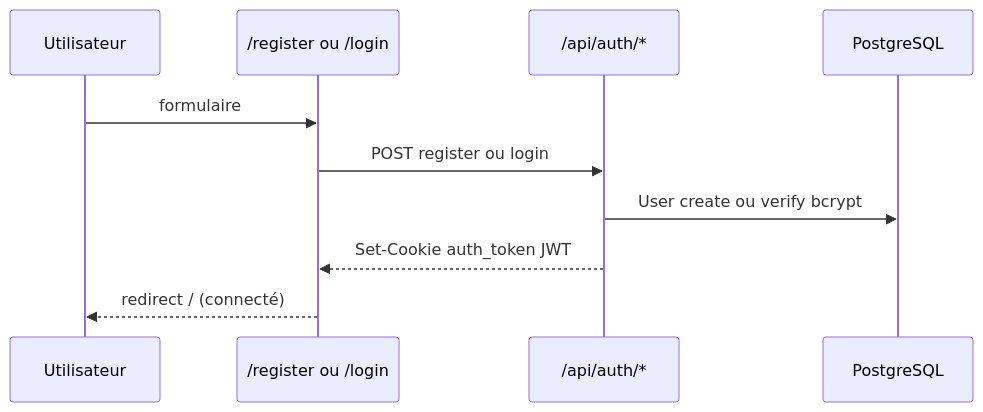
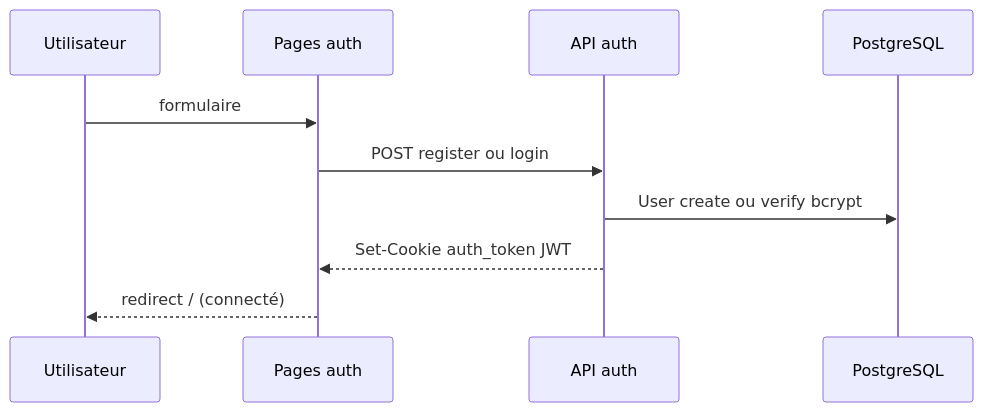
One commit to AnasMahhou10/Velib-Project changed the first of 3 diagrams in docs/00-kickoff-pack/03-domain-model.md. Above: the diagram before and after it, drawn with Mermaid. The commit also changed other lines of this file and 6 other files, not shown here.

````diff
--- a/docs/00-kickoff-pack/03-domain-model.md
+++ b/docs/00-kickoff-pack/03-domain-model.md
@@ -40,13 +40,13 @@
 ```mermaid
 sequenceDiagram
   participant U as Utilisateur
-  participant UI as /register ou /login
-  participant API as /api/auth/*
+  participant UI as Pages auth
+  participant API as API auth
   participant DB as PostgreSQL
 
   U->>UI: formulaire
   UI->>API: POST register ou login
   API->>DB: User create ou verify bcrypt
   API-->>UI: Set-Cookie auth_token JWT
   UI-->>U: redirect / (connecté)
 ```
````
